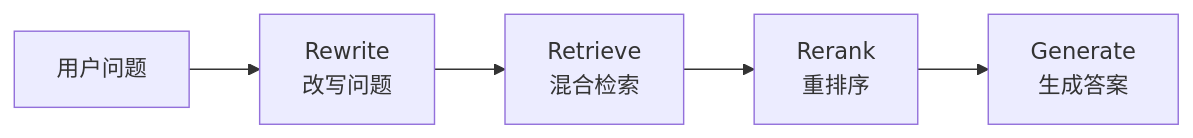
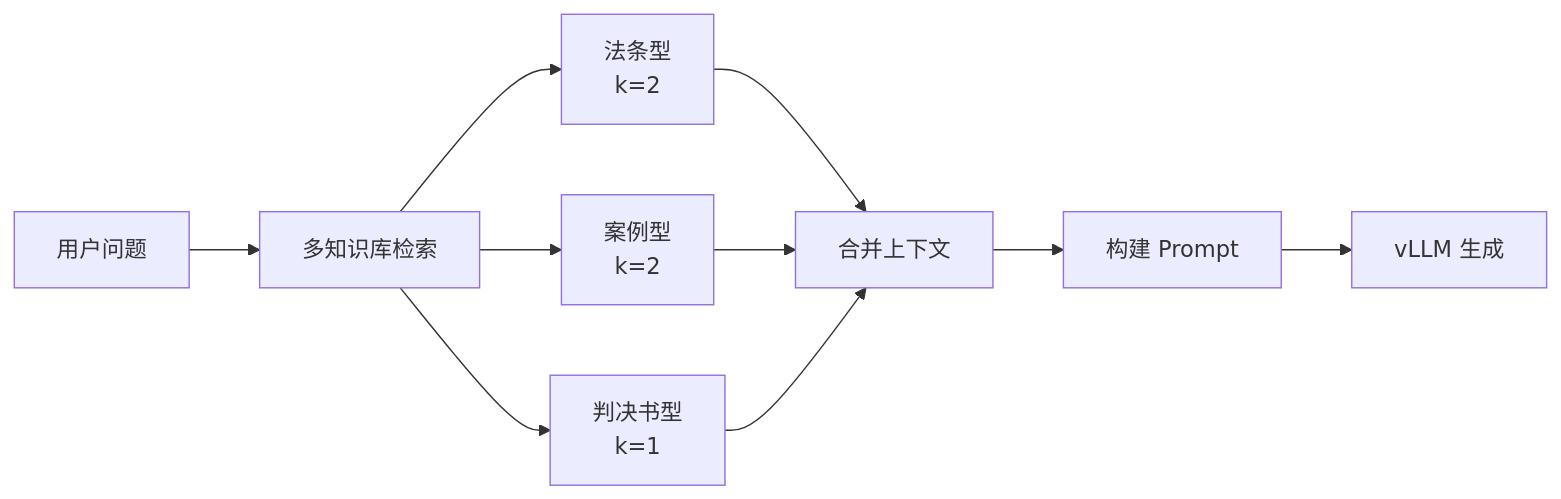
One commit to F0rJay/Flash-rag changed the diagram in README.md. Above: the diagram before and after it, drawn with Mermaid. The commit also changed other lines of this file, not shown here.

````diff
--- a/README.md
+++ b/README.md
@@ -495,7 +612,12 @@
 ```mermaid
 graph LR
-    A[用户问题] --> B[Rewrite<br/>改写问题]
-    B --> C[Retrieve<br/>混合检索]
-    C --> D[Rerank<br/>重排序]
-    D --> E[Generate<br/>生成答案]
+    A[用户问题] --> B[多知识库检索]
+    B --> C[法条型<br/>k=2]
+    B --> D[案例型<br/>k=2]
+    B --> E[判决书型<br/>k=1]
+    C --> F[合并上下文]
+    D --> F
+    E --> F
+    F --> G[构建 Prompt]
+    G --> H[vLLM 生成]
 ```
````
